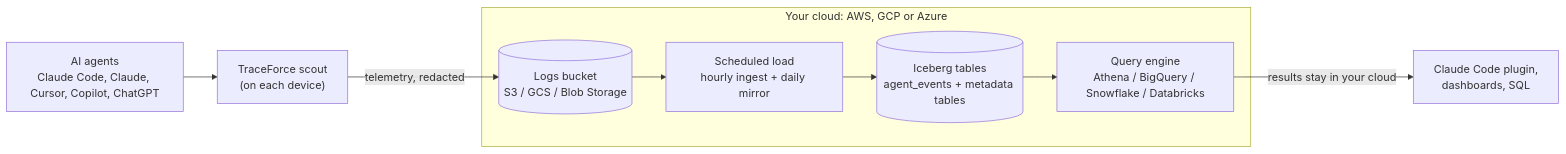
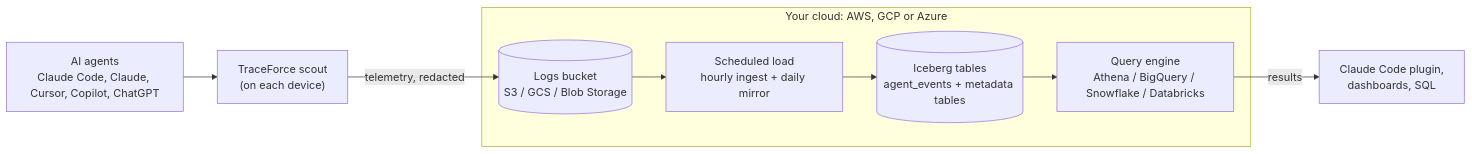
Before and after one commit to traceforce/traceforce-lakehouse: the diagram in README.md, drawn with Mermaid. The commit also changed other lines of this file and 5 other files, not shown here.

First line of the commit message:
Prepare the plugin for Anthropic's directory: icon, Claude Code note, what it runs (#55)

````diff
--- a/README.md
+++ b/README.md
@@ -29,15 +39,15 @@
 ```mermaid
 flowchart LR
   agents["AI agents<br/>Claude Code, Claude, Cursor, Copilot, ChatGPT"] --> scout["TraceForce scout<br/>(on each device)"]
 
   subgraph cloud["Your cloud: AWS, GCP or Azure"]
     bucket[("Logs bucket<br/>S3 / GCS / Blob Storage")]
     load["Scheduled load<br/>hourly ingest + daily mirror"]
     tables[("Iceberg tables<br/>agent_events + metadata tables")]
     engine["Query engine<br/>Athena / BigQuery / Snowflake / Databricks"]
     bucket --> load --> tables --> engine
   end
 
   scout -- "telemetry, redacted" --> bucket
-  engine -- "results stay in your cloud" --> you["Claude Code plugin,<br/>dashboards, SQL"]
+  engine -- "results" --> you["Claude Code plugin,<br/>dashboards, SQL"]
 ```
````
